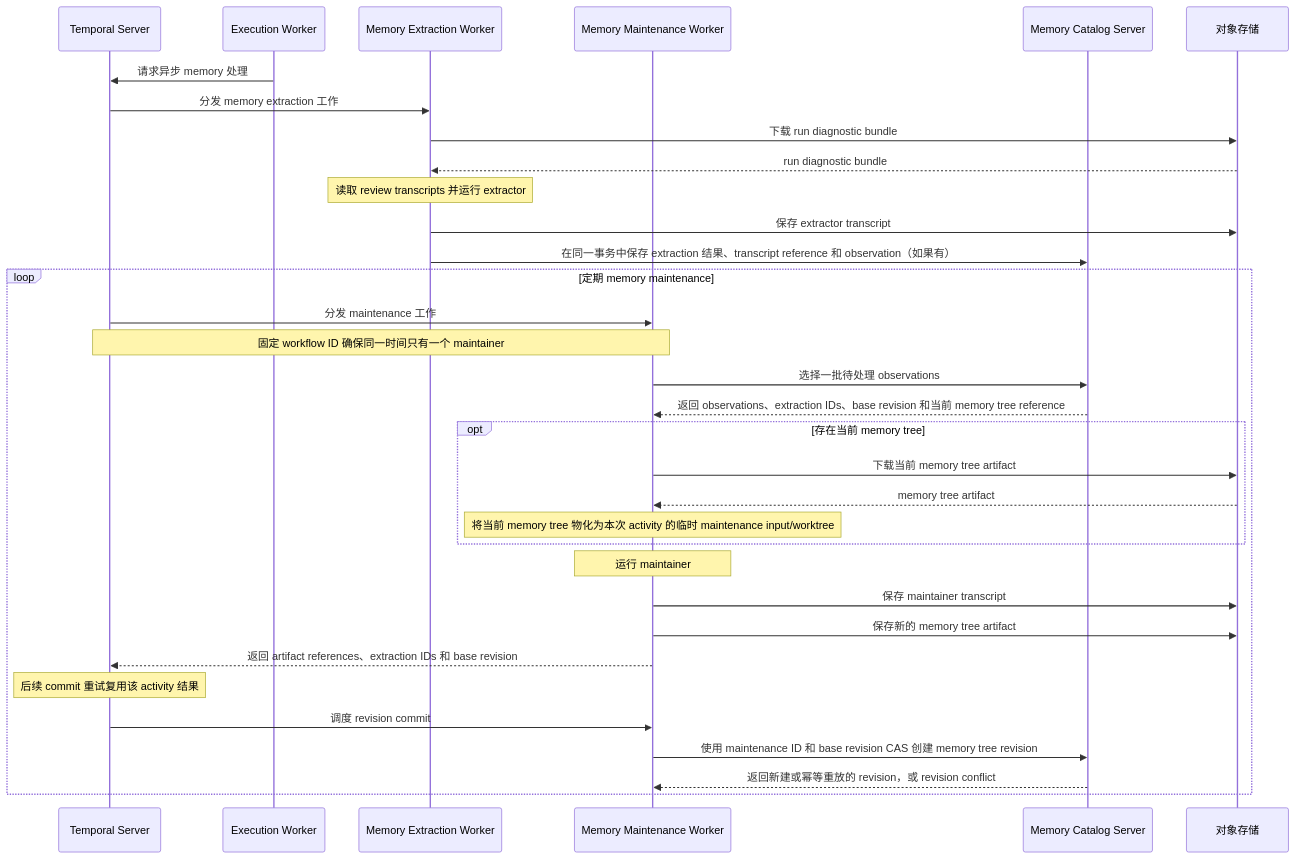
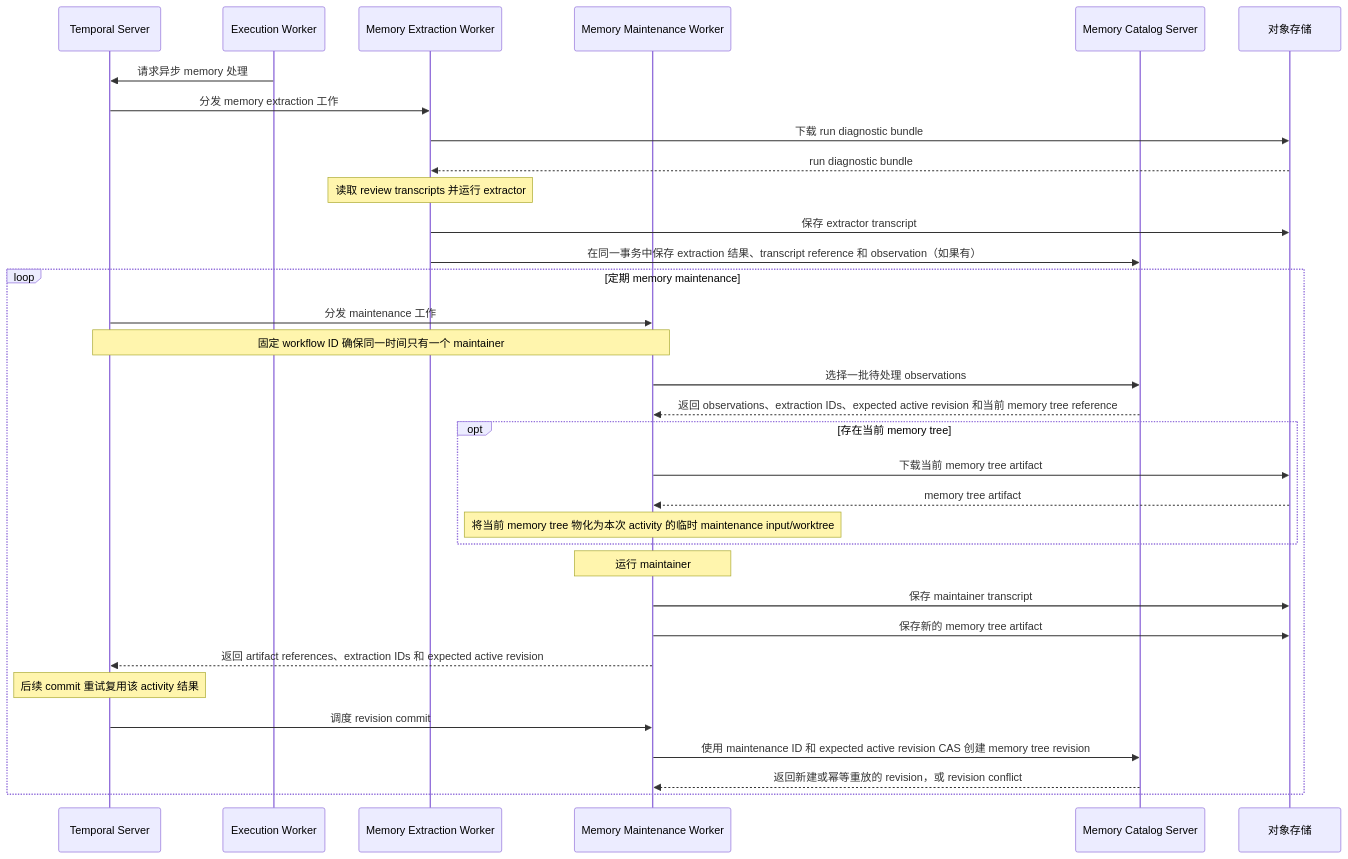
One commit to Agent-AI-Chalmers/sec-review-bot changed the second of 2 diagrams in docs/architecture/SYSTEM_ARCHITECTURE.zh.md. Above: the diagram before and after it, drawn with Mermaid. The commit also changed other lines of this file and 210 other files, not shown here.

First line of the commit message:
feat!: add memory operations and artifact inspection (#167)

````diff
--- a/docs/architecture/SYSTEM_ARCHITECTURE.zh.md
+++ b/docs/architecture/SYSTEM_ARCHITECTURE.zh.md
@@ -68,36 +70,36 @@
 ```mermaid
 sequenceDiagram
   participant Temporal as Temporal Server
   participant ExecutionWorker as Execution Worker
   participant ExtractionWorker as Memory Extraction Worker
   participant MaintenanceWorker as Memory Maintenance Worker
   participant Catalog as Memory Catalog Server
   participant Storage as 对象存储
 
   ExecutionWorker->>Temporal: 请求异步 memory 处理
   Temporal->>ExtractionWorker: 分发 memory extraction 工作
   ExtractionWorker->>Storage: 下载 run diagnostic bundle
   Storage-->>ExtractionWorker: run diagnostic bundle
   Note over ExtractionWorker: 读取 review transcripts 并运行 extractor
   ExtractionWorker->>Storage: 保存 extractor transcript
   ExtractionWorker->>Catalog: 在同一事务中保存 extraction 结果、transcript reference 和 observation（如果有）
   loop 定期 memory maintenance
     Temporal->>MaintenanceWorker: 分发 maintenance 工作
     Note over Temporal,MaintenanceWorker: 固定 workflow ID 确保同一时间只有一个 maintainer
     MaintenanceWorker->>Catalog: 选择一批待处理 observations
-    Catalog-->>MaintenanceWorker: 返回 observations、extraction IDs、base revision 和当前 memory tree reference
+    Catalog-->>MaintenanceWorker: 返回 observations、extraction IDs、expected active revision 和当前 memory tree reference
     opt 存在当前 memory tree
       MaintenanceWorker->>Storage: 下载当前 memory tree artifact
       Storage-->>MaintenanceWorker: memory tree artifact
       Note over MaintenanceWorker: 将当前 memory tree 物化为本次 activity 的临时 maintenance input/worktree
     end
     Note over MaintenanceWorker: 运行 maintainer
     MaintenanceWorker->>Storage: 保存 maintainer transcript
     MaintenanceWorker->>Storage: 保存新的 memory tree artifact
-    MaintenanceWorker-->>Temporal: 返回 artifact references、extraction IDs 和 base revision
+    MaintenanceWorker-->>Temporal: 返回 artifact references、extraction IDs 和 expected active revision
     Note over Temporal: 后续 commit 重试复用该 activity 结果
     Temporal->>MaintenanceWorker: 调度 revision commit
-    MaintenanceWorker->>Catalog: 使用 maintenance ID 和 base revision CAS 创建 memory tree revision
+    MaintenanceWorker->>Catalog: 使用 maintenance ID 和 expected active revision CAS 创建 memory tree revision
     Catalog-->>MaintenanceWorker: 返回新建或幂等重放的 revision，或 revision conflict
   end
 ```
````
